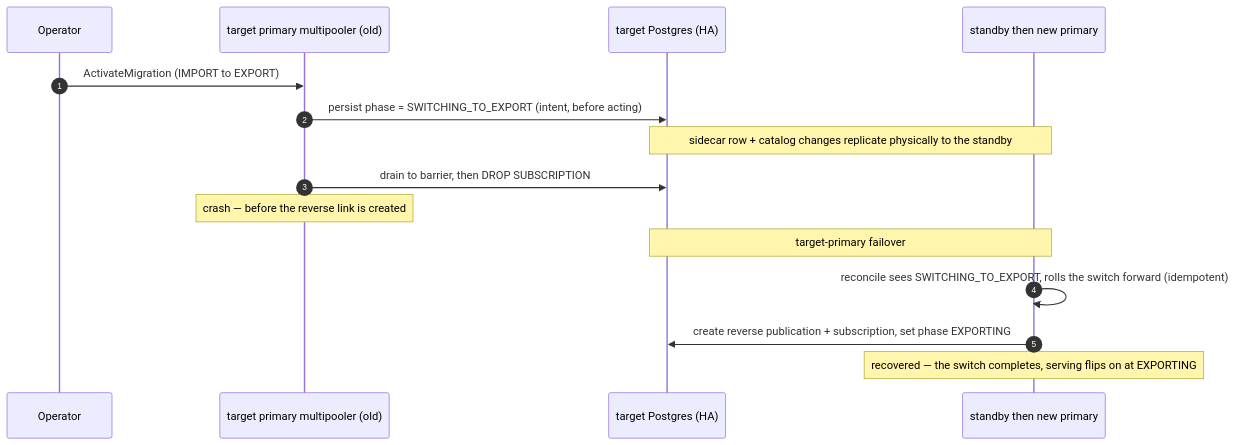
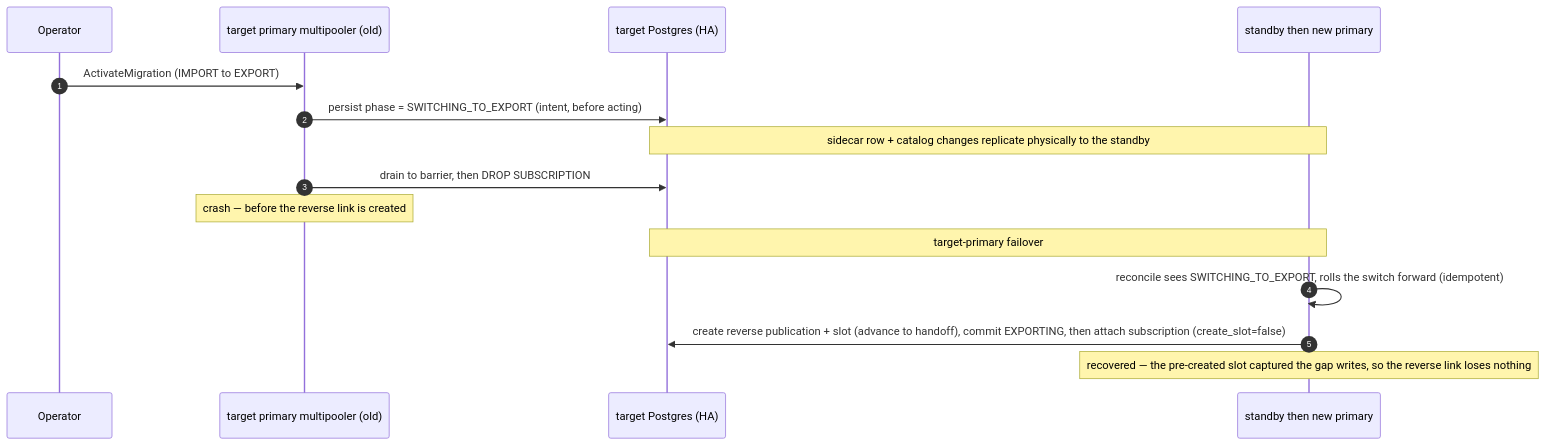
Diagram 12 of 12 in docs/migration/migrator_design.md (multigres/multigres), drawn with Mermaid before and after one commit. The commit also changed other lines of this file and 4 other files, not shown here.

First line of the commit message:
feat(migrator): drop target tables before schema copy

````diff
--- a/docs/migration/migrator_design.md
+++ b/docs/migration/migrator_design.md
@@ -576,17 +891,17 @@
 ```mermaid
 sequenceDiagram
     autonumber
     participant OP as Operator
     participant MP1 as target primary multipooler (old)
     participant PGT as target Postgres (HA)
     participant MP2 as standby then new primary
     OP->>MP1: ActivateMigration (IMPORT to EXPORT)
     MP1->>PGT: persist phase = SWITCHING_TO_EXPORT (intent, before acting)
     Note over PGT,MP2: sidecar row + catalog changes replicate physically to the standby
     MP1->>PGT: drain to barrier, then DROP SUBSCRIPTION
     Note over MP1: crash — before the reverse link is created
     Note over PGT,MP2: target-primary failover
     MP2->>MP2: reconcile sees SWITCHING_TO_EXPORT, rolls the switch forward (idempotent)
-    MP2->>PGT: create reverse publication + subscription, set phase EXPORTING
-    Note over MP2: recovered — the switch completes, serving flips on at EXPORTING
+    MP2->>PGT: create reverse publication + slot (advance to handoff), commit EXPORTING, then attach subscription (create_slot=false)
+    Note over MP2: recovered — the pre-created slot captured the gap writes, so the reverse link loses nothing
 ```
````
